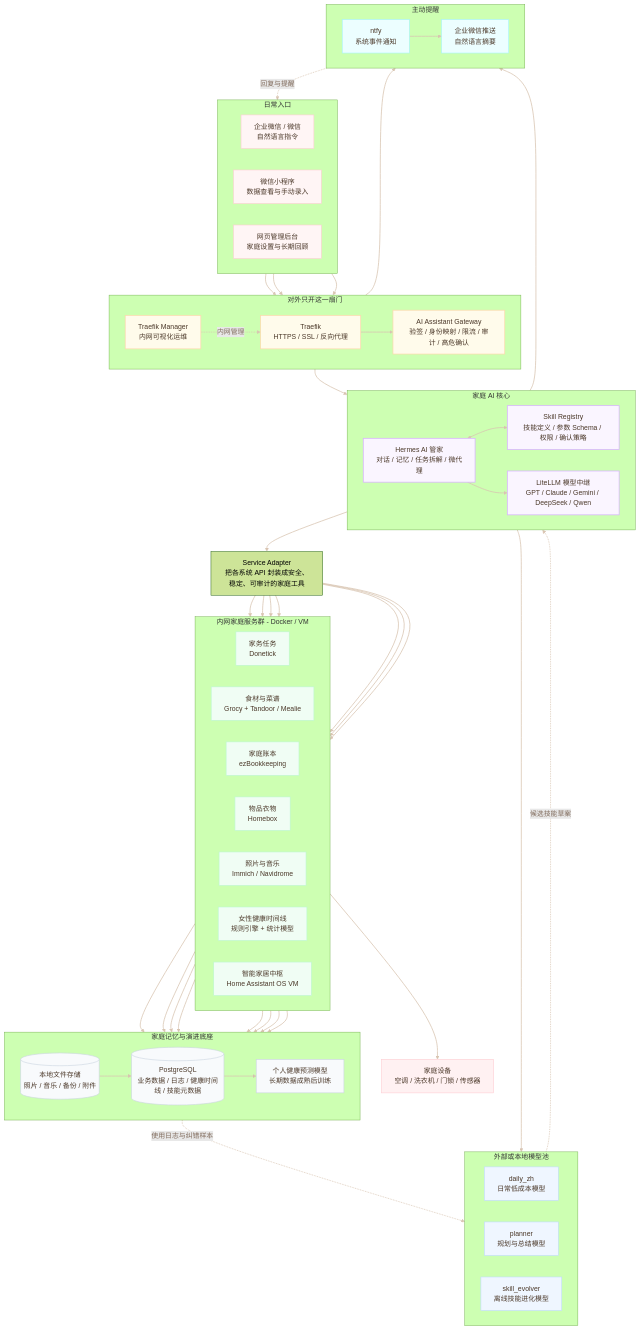
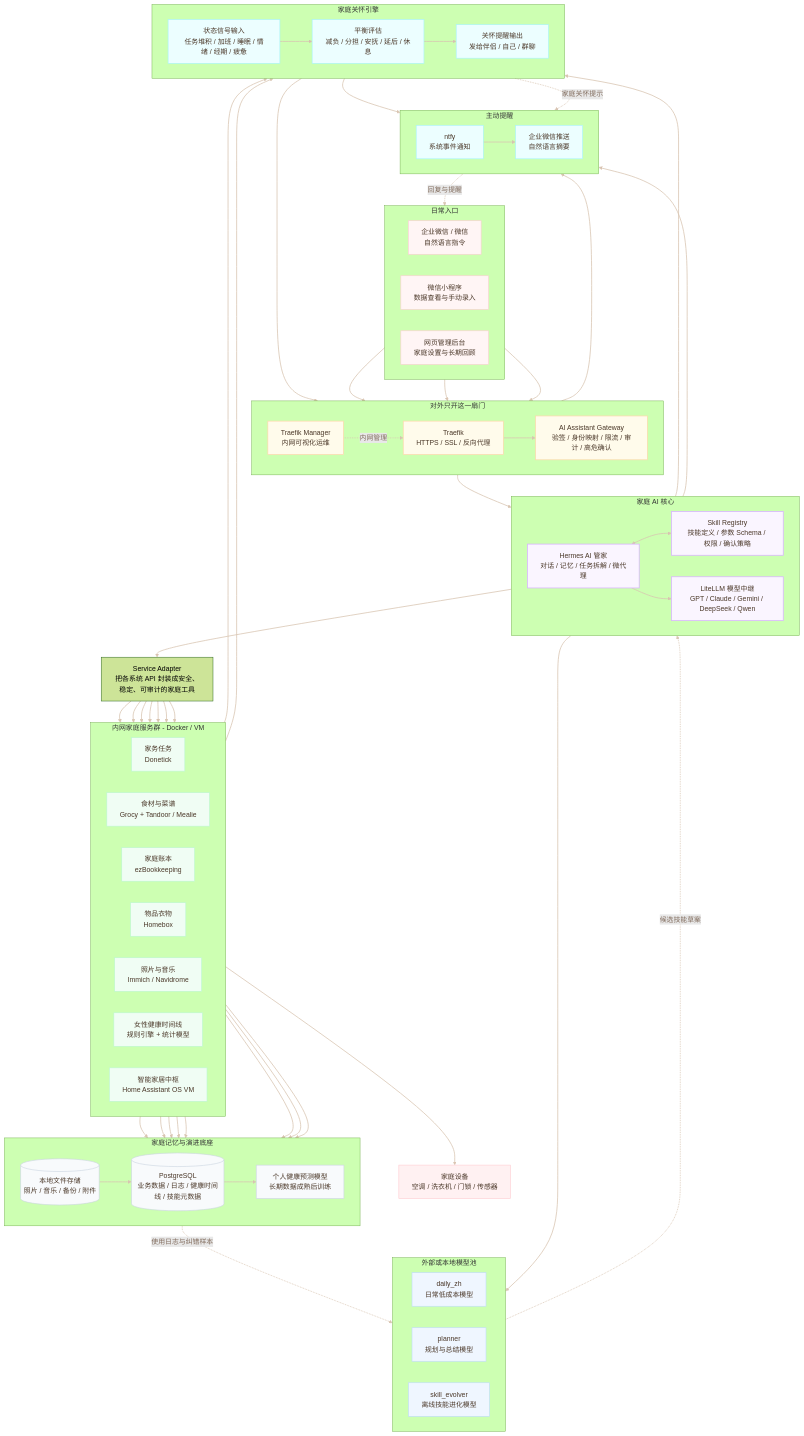
Before and after one commit to Louis-Anson/AiJiaS: the diagram in docs/architecture.md, drawn with Mermaid (forest theme). The commit also changed 2 other files, not shown here.

Commit message:
增加Family Care Engine

```diff
--- a/docs/architecture.md
+++ b/docs/architecture.md
@@ -65,6 +65,13 @@
         WeComBot[企业微信推送<br/>自然语言摘要]
     end
 
+    subgraph FamilyCare[家庭关怀引擎]
+        direction LR
+        CareSignal[状态信号输入<br/>任务堆积 / 加班 / 睡眠 / 情绪 / 经期 / 疲惫]
+        BalanceEval[平衡评估<br/>减负 / 分担 / 安抚 / 延后 / 休息]
+        CareNotify[关怀提醒输出<br/>发给伴侣 / 自己 / 群聊]
+    end
+
     Devices[家庭设备<br/>空调 / 洗衣机 / 门锁 / 传感器]
 
     %% ===== Clean top-down flows =====
@@ -109,6 +116,15 @@
     DB -.使用日志与纠错样本.-> Evolve
     Evolve -.候选技能草案.-> Skills
 
+    Hermes --> CareSignal
+    Health --> CareSignal
+    Tasks --> CareSignal
+    CareSignal --> BalanceEval
+    BalanceEval --> CareNotify
+    CareNotify --> Gateway
+    CareNotify --> Ntfy
+    CareNotify -.家庭关怀提示.-> WeComBot
+
     %% ===== Warm visual style =====
     classDef touch fill:#fff5f5,stroke:#fecdd3,color:#4a3728,stroke-width:1.4px
     classDef edge fill:#fffbeb,stroke:#fed7aa,color:#4a3728,stroke-width:1.6px
@@ -126,6 +142,7 @@
     class Tasks,Food,Books,Assets,Media,Health,HA service
     class DB,Files,Predictor data
     class Ntfy,WeComBot notify
+    class CareSignal,BalanceEval,CareNotify notify
     class Devices device
 
     linkStyle default stroke:#d9c5b2,stroke-width:1.8px,color:#806b5c
```
